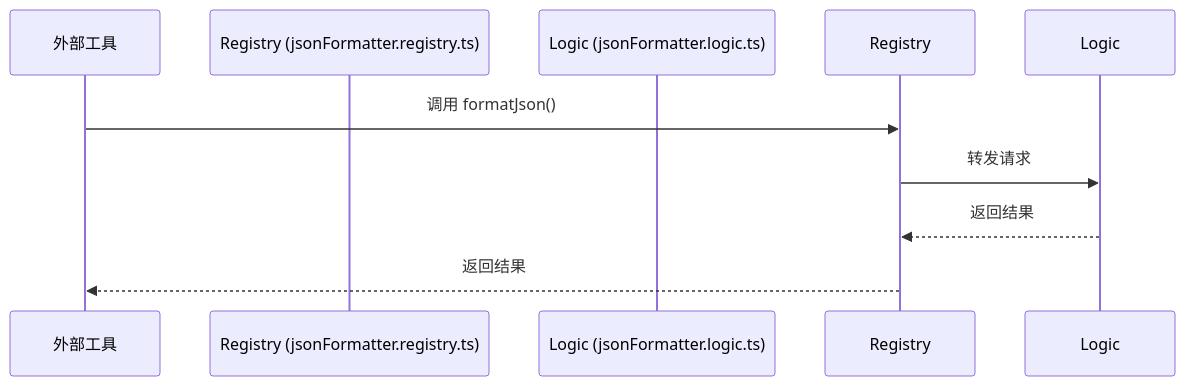
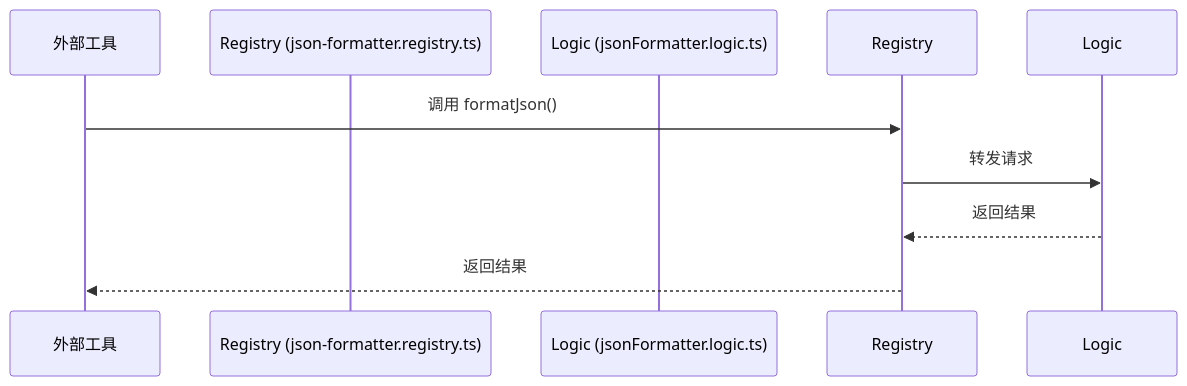
One commit to miaotouy/aio-hub changed the second of 2 diagrams in src/tools/json-formatter/ARCHITECTURE.md. Above: the diagram before and after it, drawn with Mermaid. The commit also changed other lines of this file and 28 other files, not shown here.

````diff
--- a/src/tools/json-formatter/ARCHITECTURE.md
+++ b/src/tools/json-formatter/ARCHITECTURE.md
@@ -58,11 +58,11 @@
 ```mermaid
 sequenceDiagram
     participant External as 外部工具
-    participant Registry (jsonFormatter.registry.ts)
+    participant Registry (json-formatter.registry.ts)
     participant Logic (jsonFormatter.logic.ts)
 
     External->>Registry: 调用 formatJson()
     Registry->>Logic: 转发请求
     Logic-->>Registry: 返回结果
     Registry-->>External: 返回结果
 ```
````
